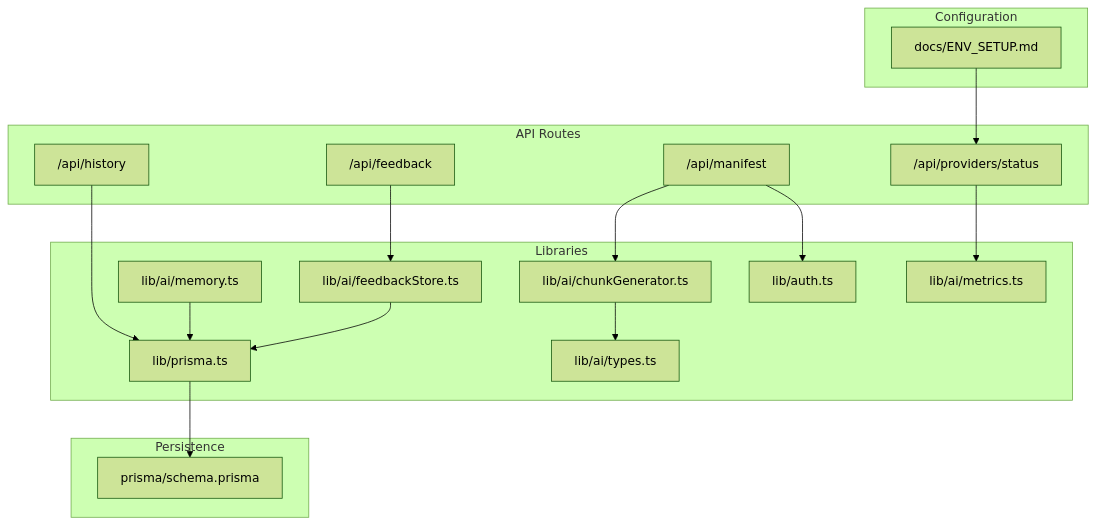
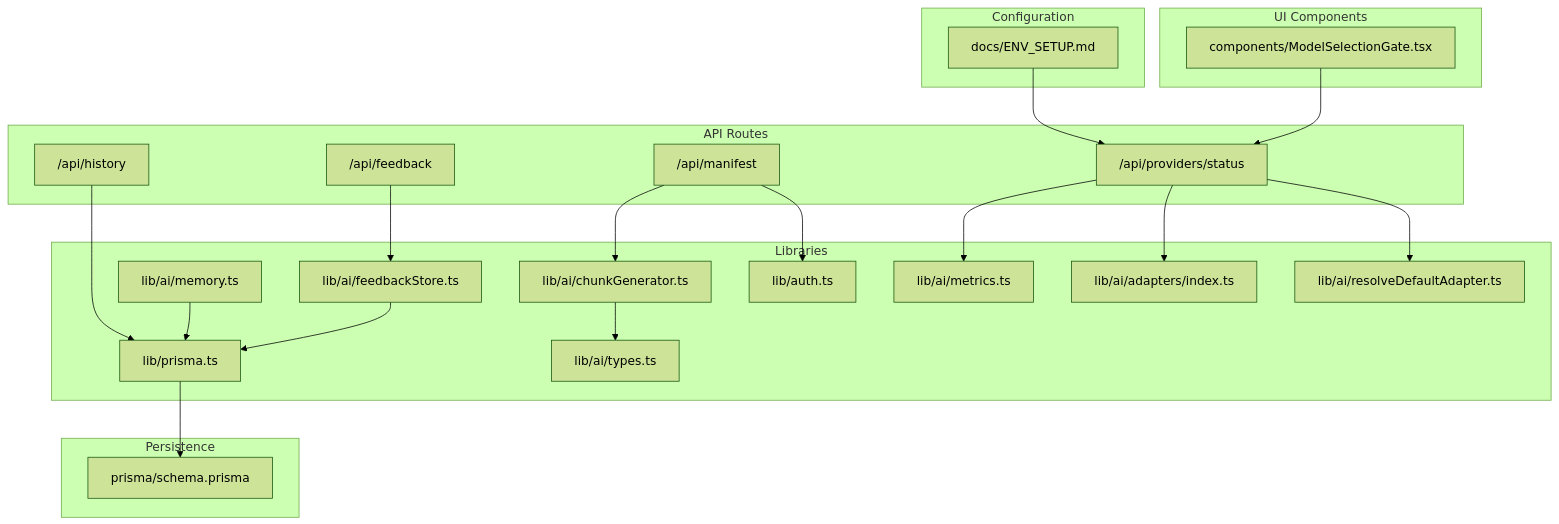
The first of 7 diagrams in .qoder/repowiki/en/content/API Reference/Utility APIs.md (shekhargiri005-dotcom/AI-powered-accessibility-first-UI-engine), drawn with Mermaid (forest theme) before and after one commit. The commit also changed other lines of this file and 20 other files, not shown here.

````diff
--- a/.qoder/repowiki/en/content/API Reference/Utility APIs.md
+++ b/.qoder/repowiki/en/content/API Reference/Utility APIs.md
@@ -47,34 +49,42 @@
 ```mermaid
 graph TB
 subgraph "API Routes"
 H["/api/history"]
 F["/api/feedback"]
 X["/api/manifest"]
 PS["/api/providers/status"]
 end
 subgraph "Libraries"
 PR["lib/prisma.ts"]
 AU["lib/auth.ts"]
 ME["lib/ai/memory.ts"]
 FS["lib/ai/feedbackStore.ts"]
 CG["lib/ai/chunkGenerator.ts"]
 TY["lib/ai/types.ts"]
 MT["lib/ai/metrics.ts"]
+AD["lib/ai/adapters/index.ts"]
+RD["lib/ai/resolveDefaultAdapter.ts"]
 end
 subgraph "Persistence"
 SC["prisma/schema.prisma"]
+end
+subgraph "UI Components"
+MSG["components/ModelSelectionGate.tsx"]
 end
 subgraph "Configuration"
 ENV["docs/ENV_SETUP.md"]
 end
 H --> PR
 F --> FS
 X --> CG
 X --> AU
 PS --> MT
+PS --> AD
+PS --> RD
 CG --> TY
 ME --> PR
 FS --> PR
 PR --> SC
 ENV --> PS
+MSG --> PS
 ```
````
